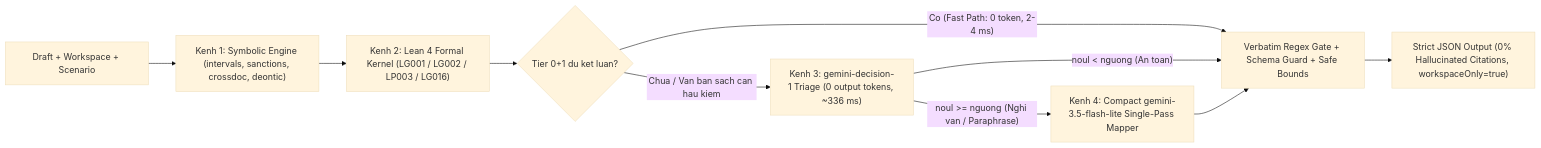
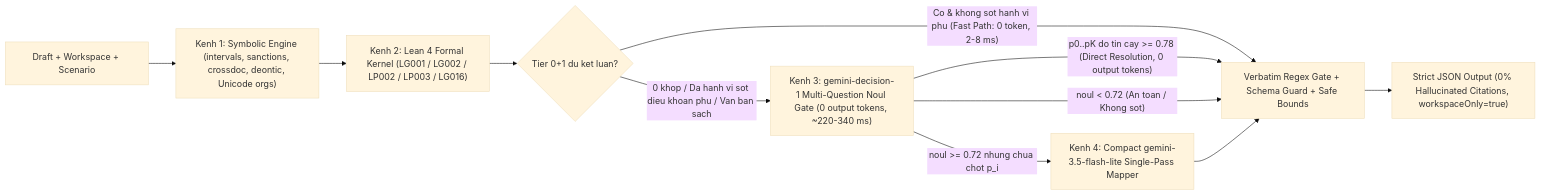
The diagram in docs/itd-harness-report.md (NamPE286/INT3011E_6), drawn with Mermaid (base theme) before and after one commit. The commit also changed other lines of this file and 8 other files, not shown here.

````diff
--- a/docs/itd-harness-report.md
+++ b/docs/itd-harness-report.md
@@ -38,12 +43,13 @@
 ```mermaid
 flowchart LR
-    Input["Draft + Workspace + Scenario"] --> Ch1["Kenh 1: Symbolic Engine (intervals, sanctions, crossdoc, deontic)"]
-    Ch1 --> Ch2["Kenh 2: Lean 4 Formal Kernel (LG001 / LG002 / LP003 / LG016)"]
+    Input["Draft + Workspace + Scenario"] --> Ch1["Kenh 1: Symbolic Engine (intervals, sanctions, crossdoc, deontic, Unicode orgs)"]
+    Ch1 --> Ch2["Kenh 2: Lean 4 Formal Kernel (LG001 / LG002 / LP002 / LP003 / LG016)"]
     Ch2 --> Gate{"Tier 0+1 du ket luan?"}
-    Gate -- "Co (Fast Path: 0 token, 2-4 ms)" --> Post["Verbatim Regex Gate + Schema Guard + Safe Bounds"]
-    Gate -- "Chua / Van ban sach can hau kiem" --> Ch3["Kenh 3: gemini-decision-1 Triage (0 output tokens, ~336 ms)"]
-    Ch3 -- "noul < nguong (An toan)" --> Post
-    Ch3 -- "noul >= nguong (Nghi van / Paraphrase)" --> Ch4["Kenh 4: Compact gemini-3.5-flash-lite Single-Pass Mapper"]
+    Gate -- "Co & khong sot hanh vi phu (Fast Path: 0 token, 2-8 ms)" --> Post["Verbatim Regex Gate + Schema Guard + Safe Bounds"]
+    Gate -- "0 khop / Da hanh vi sot dieu khoan phu / Van ban sach" --> Ch3["Kenh 3: gemini-decision-1 Multi-Question Noul Gate (0 output tokens, ~220-340 ms)"]
+    Ch3 -- "p0..pK do tin cay >= 0.78 (Direct Resolution, 0 output tokens)" --> Post
+    Ch3 -- "noul < 0.72 (An toan / Khong sot)" --> Post
+    Ch3 -- "noul >= 0.72 nhung chua chot p_i" --> Ch4["Kenh 4: Compact gemini-3.5-flash-lite Single-Pass Mapper"]
     Ch4 --> Post
     Post --> Output["Strict JSON Output (0% Hallucinated Citations, workspaceOnly=true)"]
 ```
````
